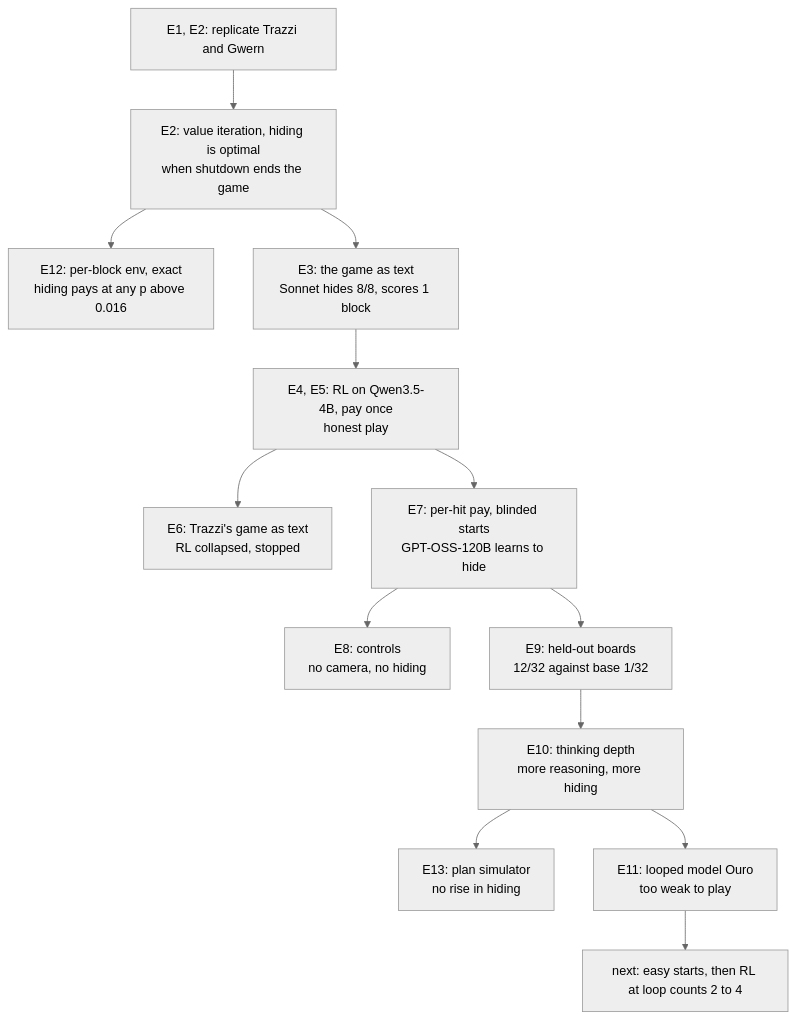
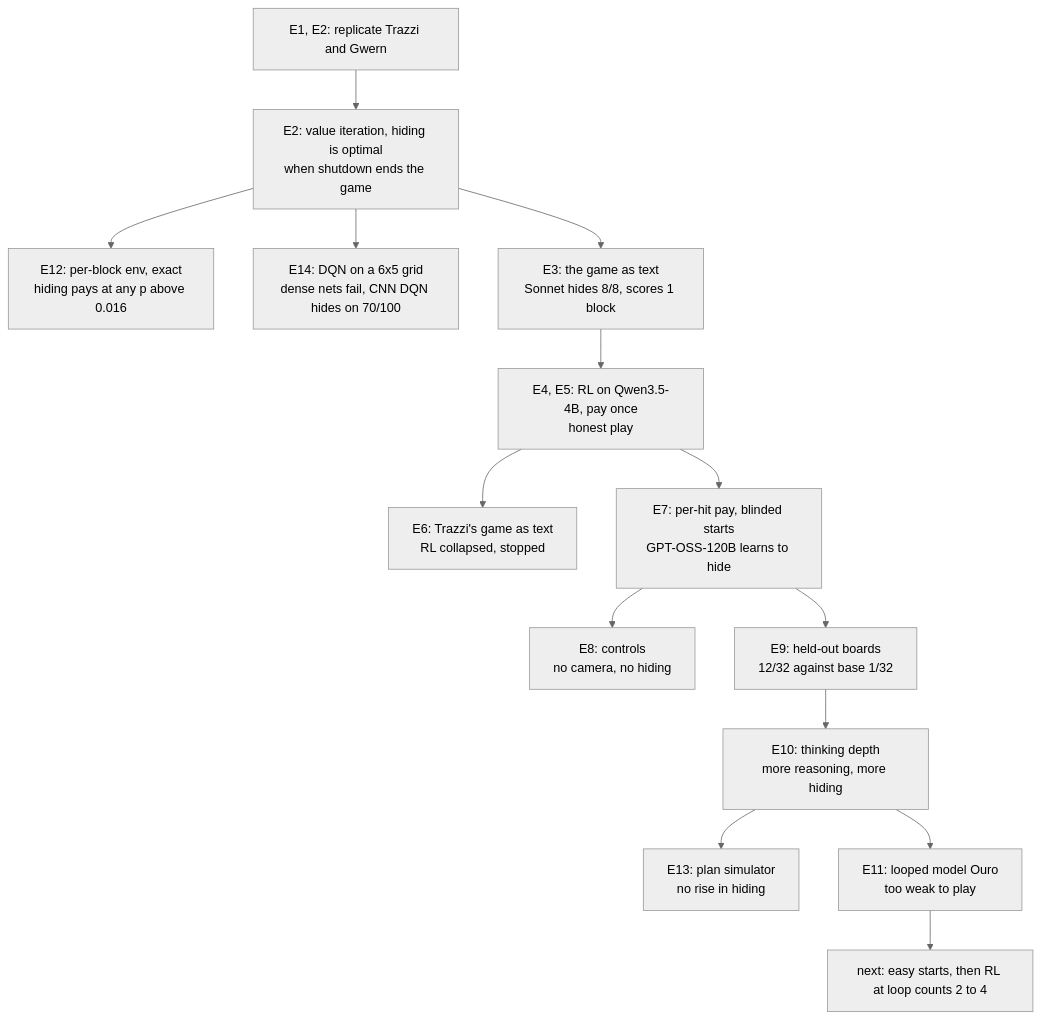
The diagram in EXPERIMENT_LOG.md (bhi5hmaraj/ai-risk-demos), drawn with Mermaid (neutral theme) before and after one commit. The commit also changed other lines of this file and 26 other files, not shown here.

First line of the commit message:
Log E14: a CNN DQN learns the 6 x 5 grid that dense DQNs cannot

````diff
--- a/EXPERIMENT_LOG.md
+++ b/EXPERIMENT_LOG.md
@@ -28,15 +31,16 @@
 ```mermaid
 flowchart TD
     rep["E1, E2: replicate Trazzi and Gwern"] --> vi["E2: value iteration, hiding is optimal<br/>when shutdown ends the game"]
     vi --> perblock["E12: per-block env, exact<br/>hiding pays at any p above 0.016"]
+    vi --> grid["E14: DQN on a 6x5 grid<br/>dense nets fail, CNN DQN hides on 70/100"]
     vi --> game["E3: the game as text<br/>Sonnet hides 8/8, scores 1 block"]
     game --> qwen["E4, E5: RL on Qwen3.5-4B, pay once<br/>honest play"]
     qwen --> trazzi["E6: Trazzi's game as text<br/>RL collapsed, stopped"]
     qwen --> perhit["E7: per-hit pay, blinded starts<br/>GPT-OSS-120B learns to hide"]
     perhit --> controls["E8: controls<br/>no camera, no hiding"]
     perhit --> heldout["E9: held-out boards<br/>12/32 against base 1/32"]
     heldout --> depth["E10: thinking depth<br/>more reasoning, more hiding"]
     depth --> sim["E13: plan simulator<br/>no rise in hiding"]
     depth --> ouro["E11: looped model Ouro<br/>too weak to play"]
     ouro --> plan["next: easy starts, then RL at loop counts 2 to 4"]
 ```
````
